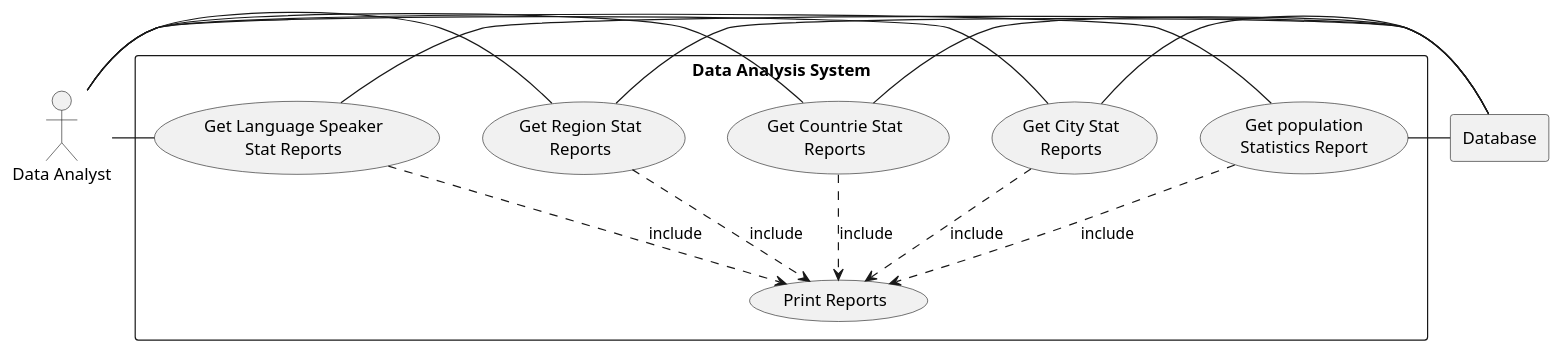
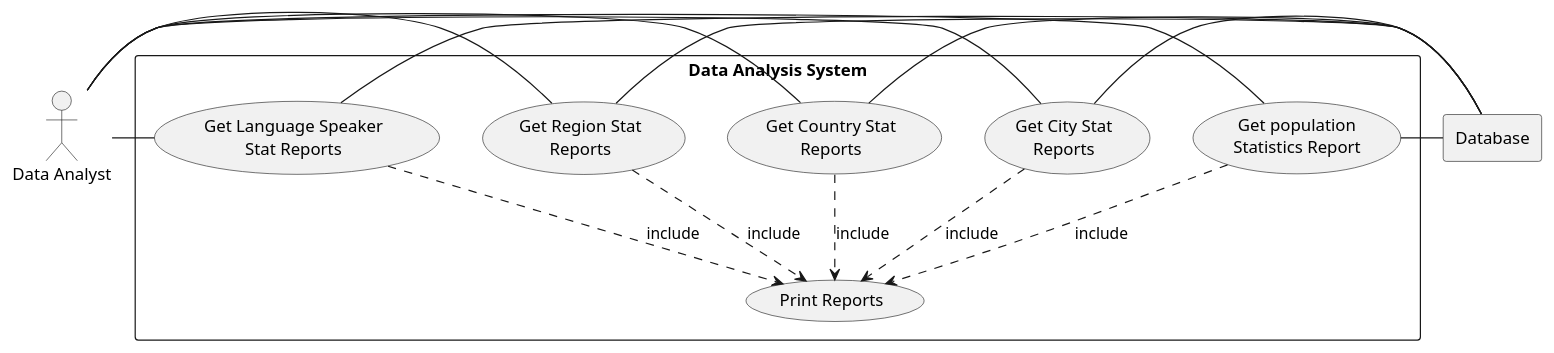
One commit to ismail5626/IAAA changed the diagram in usecase/Population Statistics.puml. Above: the diagram before and after it, drawn with PlantUML.

Commit message:
Updated Use Case Diagrams

```diff
--- a/usecase/Population Statistics.puml
+++ b/usecase/Population Statistics.puml
@@ -1,49 +1,49 @@
 @startuml
 
 actor DA as "Data Analyst"
 
 rectangle Database
 
 rectangle "Data Analysis System" {
 
     usecase UC1 as "Get population
     Statistics Report"
 
     usecase UC2 as "Get City Stat
     Reports"
 
-    usecase UC3 as "Get Countrie Stat
+    usecase UC3 as "Get Country Stat
     Reports"
 
     usecase UC4 as "Get Region Stat
     Reports"
 
     usecase UC5 as "Get Language Speaker
     Stat Reports"
 
 
 
     usecase UCa as "Print Reports"
 
     DA - UC1
         UC1 ..> UCa : include
         UC1 - Database
 
     DA - UC2
         UC2 ..> UCa : include
         UC2 - Database
 
     DA - UC3
         UC3 ..> UCa : include
         UC3 - Database
 
     DA - UC4
          UC4 ..> UCa : include
          UC4 - Database
 
     DA - UC5
     UC5 ..> UCa : include
     UC5 - Database
 }
 
 @enduml
```
